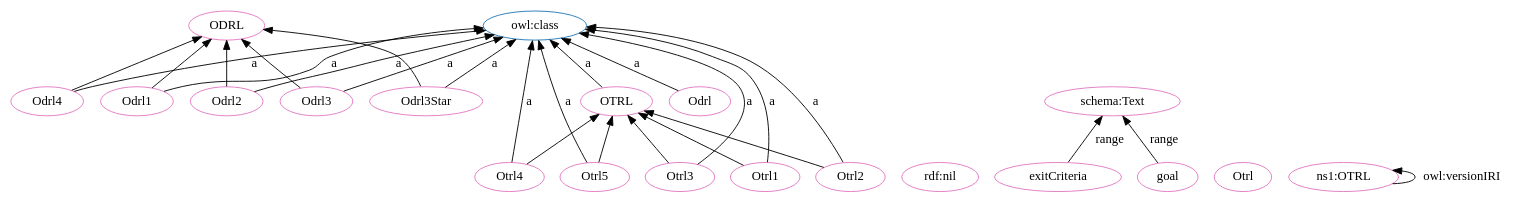
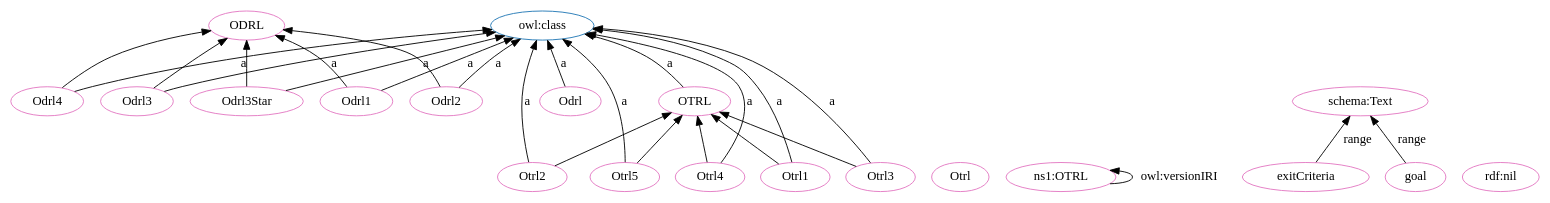
The diagram in OTRL-clean.dot (OPEN-NEXT/OKH-LOSH), drawn with Graphviz before and after one commit. The commit also changed other lines of this file and 15 other files, not shown here.

```diff
--- a/OTRL-clean.dot
+++ b/OTRL-clean.dot
@@ -1,51 +1,51 @@
 digraph G {
   rankdir=BT
   node[height=.3]
+"http://purl.org/oseg/ontologies/OTRL#ODRL" [fillcolor="#1f77b4" color="#1f77b4" label="ODRL"]
 "http://www.w3.org/2002/07/owl#class" [fillcolor="#1f77b4" color="#1f77b4" label="owl:class"]
-"http://purl.org/oseg/ontologies/OTRL#ODRL" [fillcolor="#1f77b4" color="#1f77b4" label="ODRL"]
 "http://purl.org/oseg/ontologies/OTRL#OTRL" [fillcolor="#1f77b4" color="#1f77b4" label="OTRL"]
-"http://purl.org/oseg/ontologies/OTRL#Odrl" [fillcolor="#e377c2" color="#e377c2" label="Odrl"]
-"http://www.w3.org/1999/02/22-rdf-syntax-ns#nil" [fillcolor="#e377c2" color="#e377c2" label="rdf:nil"]
+"http://purl.org/oseg/ontologies/OTRL#Otrl" [fillcolor="#e377c2" color="#e377c2" label="Otrl"]
 "http://purl.org/oseg/ontologies/OTRL#ODRL" [fillcolor="#e377c2" color="#e377c2" label="ODRL"]
-"http://purl.org/oseg/ontologies/OTRL#Odrl1" [fillcolor="#e377c2" color="#e377c2" label="Odrl1"]
-"http://purl.org/oseg/ontologies/OTRL#Otrl3" [fillcolor="#e377c2" color="#e377c2" label="Otrl3"]
+"http://purl.org/oseg/ontologies/OTRL" [fillcolor="#e377c2" color="#e377c2" label="ns1:OTRL"]
 "http://purl.org/oseg/ontologies/OTRL#OTRL" [fillcolor="#e377c2" color="#e377c2" label="OTRL"]
 "http://purl.org/oseg/ontologies/OTRL#exitCriteria" [fillcolor="#e377c2" color="#e377c2" label="exitCriteria"]
+"http://www.w3.org/1999/02/22-rdf-syntax-ns#nil" [fillcolor="#e377c2" color="#e377c2" label="rdf:nil"]
+"http://purl.org/oseg/ontologies/OTRL#Odrl" [fillcolor="#e377c2" color="#e377c2" label="Odrl"]
+"http://purl.org/oseg/ontologies/OTRL#Otrl2" [fillcolor="#e377c2" color="#e377c2" label="Otrl2"]
 "http://purl.org/oseg/ontologies/OTRL#Odrl4" [fillcolor="#e377c2" color="#e377c2" label="Odrl4"]
+"http://purl.org/oseg/ontologies/OTRL#Odrl3" [fillcolor="#e377c2" color="#e377c2" label="Odrl3"]
+"http://purl.org/oseg/ontologies/OTRL#Odrl3Star" [fillcolor="#e377c2" color="#e377c2" label="Odrl3Star"]
+"http://purl.org/oseg/ontologies/OTRL#Odrl1" [fillcolor="#e377c2" color="#e377c2" label="Odrl1"]
+"http://purl.org/oseg/ontologies/OTRL#Otrl5" [fillcolor="#e377c2" color="#e377c2" label="Otrl5"]
+"http://schema.org/Text" [fillcolor="#e377c2" color="#e377c2" label="schema:Text"]
+"http://purl.org/oseg/ontologies/OTRL#Otrl4" [fillcolor="#e377c2" color="#e377c2" label="Otrl4"]
 "http://purl.org/oseg/ontologies/OTRL#goal" [fillcolor="#e377c2" color="#e377c2" label="goal"]
-"http://schema.org/Text" [fillcolor="#e377c2" color="#e377c2" label="schema:Text"]
-"http://purl.org/oseg/ontologies/OTRL#Odrl3Star" [fillcolor="#e377c2" color="#e377c2" label="Odrl3Star"]
-"http://purl.org/oseg/ontologies/OTRL#Odrl3" [fillcolor="#e377c2" color="#e377c2" label="Odrl3"]
-"http://purl.org/oseg/ontologies/OTRL#Otrl" [fillcolor="#e377c2" color="#e377c2" label="Otrl"]
-"http://purl.org/oseg/ontologies/OTRL#Otrl5" [fillcolor="#e377c2" color="#e377c2" label="Otrl5"]
-"http://purl.org/oseg/ontologies/OTRL" [fillcolor="#e377c2" color="#e377c2" label="ns1:OTRL"]
-"http://purl.org/oseg/ontologies/OTRL#Otrl2" [fillcolor="#e377c2" color="#e377c2" label="Otrl2"]
-"http://purl.org/oseg/ontologies/OTRL#Otrl4" [fillcolor="#e377c2" color="#e377c2" label="Otrl4"]
+"http://purl.org/oseg/ontologies/OTRL#Odrl2" [fillcolor="#e377c2" color="#e377c2" label="Odrl2"]
 "http://purl.org/oseg/ontologies/OTRL#Otrl1" [fillcolor="#e377c2" color="#e377c2" label="Otrl1"]
-"http://purl.org/oseg/ontologies/OTRL#Odrl2" [fillcolor="#e377c2" color="#e377c2" label="Odrl2"]
-  "http://purl.org/oseg/ontologies/OTRL#Odrl1" -> "http://www.w3.org/2002/07/owl#class" [label="a"]
-  "http://purl.org/oseg/ontologies/OTRL#Odrl4" -> "http://www.w3.org/2002/07/owl#class" [label="a"]
+"http://purl.org/oseg/ontologies/OTRL#Otrl3" [fillcolor="#e377c2" color="#e377c2" label="Otrl3"]
+  "http://purl.org/oseg/ontologies/OTRL#Odrl3Star" -> "http://purl.org/oseg/ontologies/OTRL#ODRL" [label=""]
+  "http://purl.org/oseg/ontologies/OTRL" -> "http://purl.org/oseg/ontologies/OTRL" [label="owl:versionIRI"]
+  "http://purl.org/oseg/ontologies/OTRL#Otrl2" -> "http://www.w3.org/2002/07/owl#class" [label="a"]
+  "http://purl.org/oseg/ontologies/OTRL#Otrl3" -> "http://www.w3.org/2002/07/owl#class" [label="a"]
+  "http://purl.org/oseg/ontologies/OTRL#Odrl" -> "http://www.w3.org/2002/07/owl#class" [label="a"]
+  "http://purl.org/oseg/ontologies/OTRL#Odrl3" -> "http://www.w3.org/2002/07/owl#class" [label="a"]
   "http://purl.org/oseg/ontologies/OTRL#Odrl3Star" -> "http://www.w3.org/2002/07/owl#class" [label="a"]
+  "http://purl.org/oseg/ontologies/OTRL#Otrl5" -> "http://www.w3.org/2002/07/owl#class" [label="a"]
+  "http://purl.org/oseg/ontologies/OTRL#exitCriteria" -> "http://schema.org/Text" [label="range"]
+  "http://purl.org/oseg/ontologies/OTRL#Otrl4" -> "http://www.w3.org/2002/07/owl#class" [label="a"]
+  "http://purl.org/oseg/ontologies/OTRL#goal" -> "http://schema.org/Text" [label="range"]
+  "http://purl.org/oseg/ontologies/OTRL#Odrl2" -> "http://www.w3.org/2002/07/owl#class" [label="a"]
+  "http://purl.org/oseg/ontologies/OTRL#Odrl2" -> "http://purl.org/oseg/ontologies/OTRL#ODRL" [label=""]
+  "http://purl.org/oseg/ontologies/OTRL#Otrl4" -> "http://purl.org/oseg/ontologies/OTRL#OTRL" [label=""]
+  "http://purl.org/oseg/ontologies/OTRL#Odrl1" -> "http://purl.org/oseg/ontologies/OTRL#ODRL" [label=""]
   "http://purl.org/oseg/ontologies/OTRL#OTRL" -> "http://www.w3.org/2002/07/owl#class" [label="a"]
   "http://purl.org/oseg/ontologies/OTRL#Odrl4" -> "http://purl.org/oseg/ontologies/OTRL#ODRL" [label=""]
-  "http://purl.org/oseg/ontologies/OTRL#Otrl5" -> "http://www.w3.org/2002/07/owl#class" [label="a"]
+  "http://purl.org/oseg/ontologies/OTRL#Odrl4" -> "http://www.w3.org/2002/07/owl#class" [label="a"]
   "http://purl.org/oseg/ontologies/OTRL#Otrl1" -> "http://purl.org/oseg/ontologies/OTRL#OTRL" [label=""]
-  "http://purl.org/oseg/ontologies/OTRL#Otrl2" -> "http://www.w3.org/2002/07/owl#class" [label="a"]
-  "http://purl.org/oseg/ontologies/OTRL#Otrl4" -> "http://www.w3.org/2002/07/owl#class" [label="a"]
-  "http://purl.org/oseg/ontologies/OTRL#Odrl1" -> "http://purl.org/oseg/ontologies/OTRL#ODRL" [label=""]
-  "http://purl.org/oseg/ontologies/OTRL#Otrl3" -> "http://www.w3.org/2002/07/owl#class" [label="a"]
+  "http://purl.org/oseg/ontologies/OTRL#Odrl1" -> "http://www.w3.org/2002/07/owl#class" [label="a"]
+  "http://purl.org/oseg/ontologies/OTRL#Otrl3" -> "http://purl.org/oseg/ontologies/OTRL#OTRL" [label=""]
   "http://purl.org/oseg/ontologies/OTRL#Otrl5" -> "http://purl.org/oseg/ontologies/OTRL#OTRL" [label=""]
   "http://purl.org/oseg/ontologies/OTRL#Otrl2" -> "http://purl.org/oseg/ontologies/OTRL#OTRL" [label=""]
-  "http://purl.org/oseg/ontologies/OTRL#Odrl" -> "http://www.w3.org/2002/07/owl#class" [label="a"]
-  "http://purl.org/oseg/ontologies/OTRL#Odrl2" -> "http://purl.org/oseg/ontologies/OTRL#ODRL" [label=""]
-  "http://purl.org/oseg/ontologies/OTRL#exitCriteria" -> "http://schema.org/Text" [label="range"]
-  "http://purl.org/oseg/ontologies/OTRL#Odrl3Star" -> "http://purl.org/oseg/ontologies/OTRL#ODRL" [label=""]
-  "http://purl.org/oseg/ontologies/OTRL#Otrl4" -> "http://purl.org/oseg/ontologies/OTRL#OTRL" [label=""]
-  "http://purl.org/oseg/ontologies/OTRL#Odrl3" -> "http://www.w3.org/2002/07/owl#class" [label="a"]
-  "http://purl.org/oseg/ontologies/OTRL" -> "http://purl.org/oseg/ontologies/OTRL" [label="owl:versionIRI"]
-  "http://purl.org/oseg/ontologies/OTRL#Otrl3" -> "http://purl.org/oseg/ontologies/OTRL#OTRL" [label=""]
+  "http://purl.org/oseg/ontologies/OTRL#Otrl1" -> "http://www.w3.org/2002/07/owl#class" [label="a"]
   "http://purl.org/oseg/ontologies/OTRL#Odrl3" -> "http://purl.org/oseg/ontologies/OTRL#ODRL" [label=""]
-  "http://purl.org/oseg/ontologies/OTRL#Otrl1" -> "http://www.w3.org/2002/07/owl#class" [label="a"]
-  "http://purl.org/oseg/ontologies/OTRL#goal" -> "http://schema.org/Text" [label="range"]
-  "http://purl.org/oseg/ontologies/OTRL#Odrl2" -> "http://www.w3.org/2002/07/owl#class" [label="a"]
 }
```
